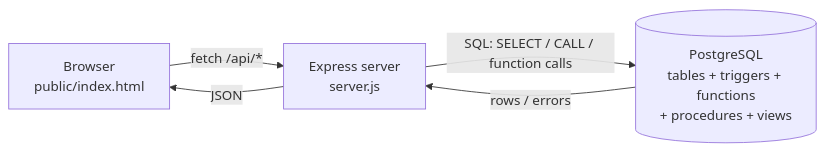
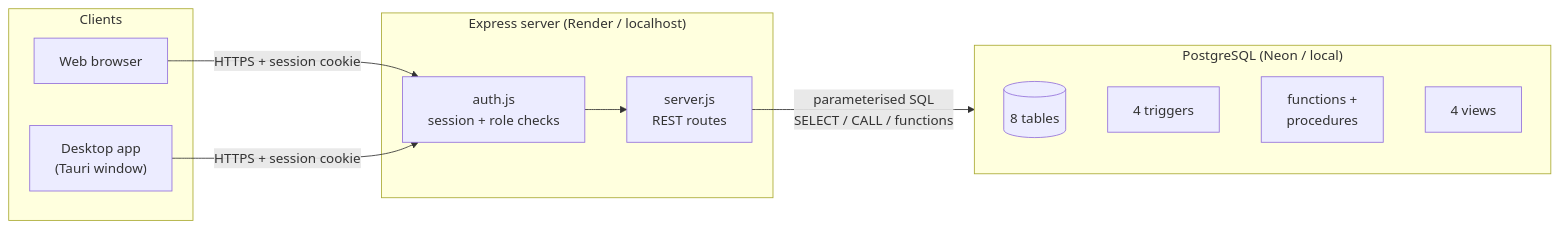
Before and after one commit to AnshikaPandey5757/NotifyHub: the first of 5 diagrams in README.md, drawn with Mermaid. The commit also changed other lines of this file and 40 other files, not shown here.

````diff
--- a/README.md
+++ b/README.md
@@ -68,7 +140,21 @@
 ```mermaid
 flowchart LR
-    B["Browser<br/>public/index.html"] -- "fetch /api/*" --> S["Express server<br/>server.js"]
-    S -- "SQL: SELECT / CALL / function calls" --> D[("PostgreSQL<br/>tables + triggers + functions<br/>+ procedures + views")]
-    D -- "rows / errors" --> S
-    S -- "JSON" --> B
+    subgraph Clients
+        B["Web browser"]
+        T["Desktop app<br/>(Tauri window)"]
+    end
+    subgraph Server["Express server (Render / localhost)"]
+        A["auth.js<br/>session + role checks"]
+        R["server.js<br/>REST routes"]
+    end
+    subgraph DB["PostgreSQL (Neon / local)"]
+        TB[("8 tables")]
+        TR["4 triggers"]
+        FN["functions +<br/>procedures"]
+        VW["4 views"]
+    end
+    B -- "HTTPS + session cookie" --> A
+    T -- "HTTPS + session cookie" --> A
+    A --> R
+    R -- "parameterised SQL<br/>SELECT / CALL / functions" --> DB
 ```
````
